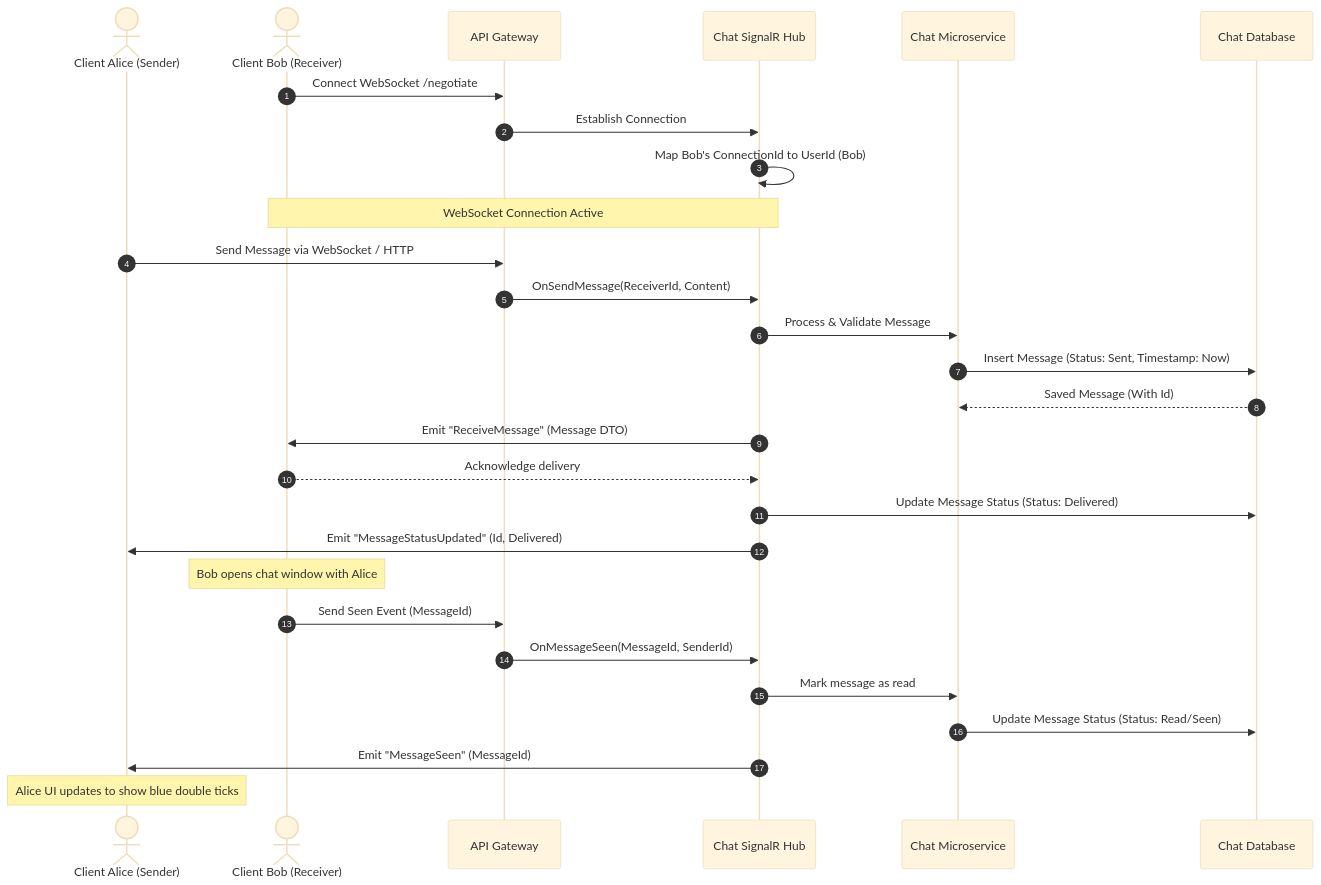
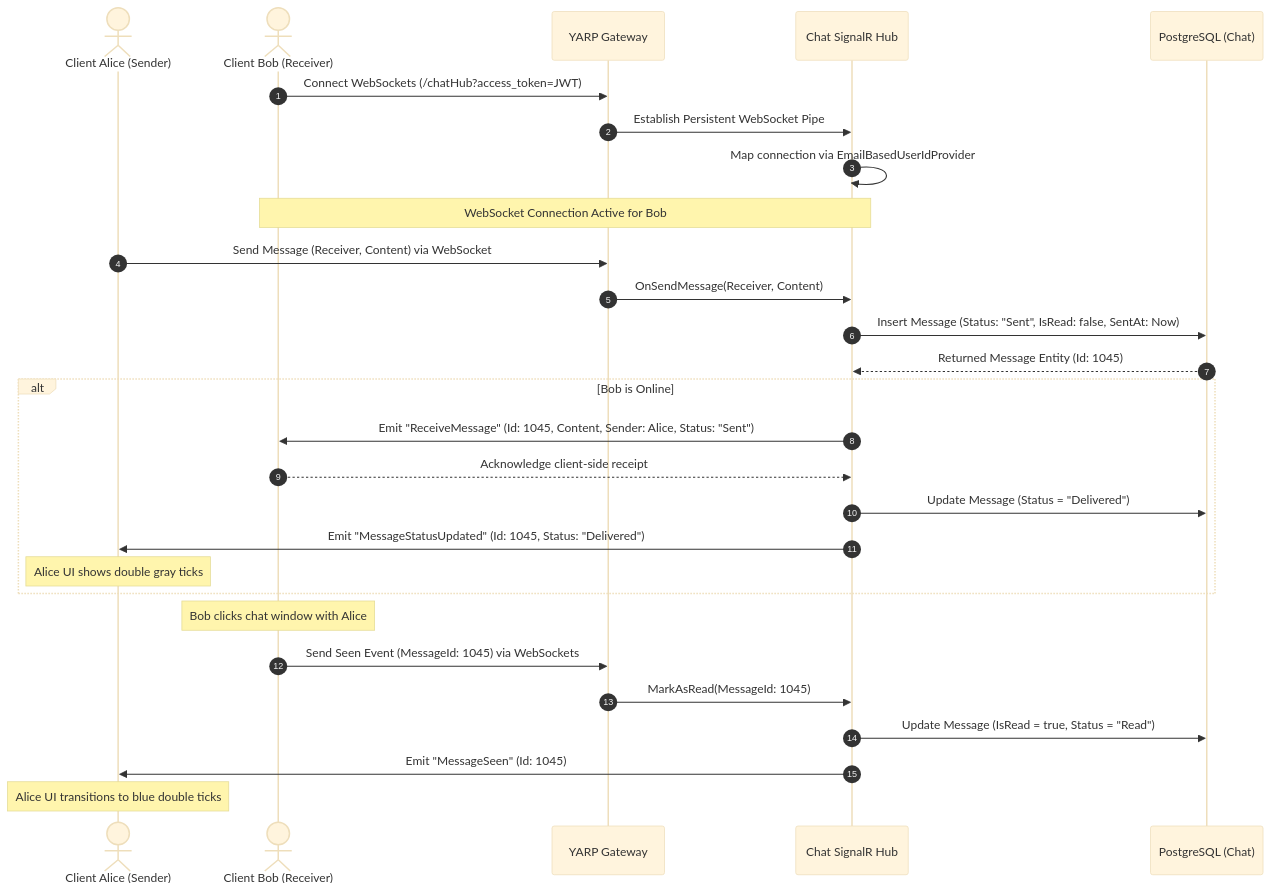
One commit to Abhishekmaheshwari123/Real_Time_Chat_Application changed the second of 6 diagrams in README.md. Above: the diagram before and after it, drawn with Mermaid (base theme). The commit also changed other lines of this file, not shown here.

````diff
--- a/README.md
+++ b/README.md
@@ -83,37 +121,37 @@
 ```mermaid
 sequenceDiagram
     autonumber
     actor Alice as Client Alice (Sender)
     actor Bob as Client Bob (Receiver)
-    participant Gateway as API Gateway
+    participant Gateway as YARP Gateway
     participant ChatHub as Chat SignalR Hub
-    participant ChatAPI as Chat Microservice
-    participant ChatDB as Chat Database
+    participant ChatDB as PostgreSQL (Chat)
 
-    %% SignalR Connection Establishment %%
-    Bob->>Gateway: Connect WebSocket /negotiate
-    Gateway->>ChatHub: Establish Connection
-    ChatHub->>ChatHub: Map Bob's ConnectionId to UserId (Bob)
-    Note over Bob, ChatHub: WebSocket Connection Active
+    %% WebSocket Connection Establishment %%
+    Bob->>Gateway: Connect WebSockets (/chatHub?access_token=JWT)
+    Gateway->>ChatHub: Establish Persistent WebSocket Pipe
+    ChatHub->>ChatHub: Map connection via EmailBasedUserIdProvider
+    Note over Bob, ChatHub: WebSocket Connection Active for Bob
 
-    %% Send Message Flow %%
-    Alice->>Gateway: Send Message via WebSocket / HTTP
-    Gateway->>ChatHub: OnSendMessage(ReceiverId, Content)
-    ChatHub->>ChatAPI: Process & Validate Message
-    ChatAPI->>ChatDB: Insert Message (Status: Sent, Timestamp: Now)
-    ChatDB-->>ChatAPI: Saved Message (With Id)
+    %% Message Exchange Flow %%
+    Alice->>Gateway: Send Message (Receiver, Content) via WebSocket
+    Gateway->>ChatHub: OnSendMessage(Receiver, Content)
+    ChatHub->>ChatDB: Insert Message (Status: "Sent", IsRead: false, SentAt: Now)
+    ChatDB-->>ChatHub: Returned Message Entity (Id: 1045)
     
-    ChatHub->>Bob: Emit "ReceiveMessage" (Message DTO)
-    Bob-->>ChatHub: Acknowledge delivery
-    ChatHub->>ChatDB: Update Message Status (Status: Delivered)
-    ChatHub->>Alice: Emit "MessageStatusUpdated" (Id, Delivered)
+    alt Bob is Online
+        ChatHub->>Bob: Emit "ReceiveMessage" (Id: 1045, Content, Sender: Alice, Status: "Sent")
+        Bob-->>ChatHub: Acknowledge client-side receipt
+        ChatHub->>ChatDB: Update Message (Status = "Delivered")
+        ChatHub->>Alice: Emit "MessageStatusUpdated" (Id: 1045, Status: "Delivered")
+        Note over Alice: Alice UI shows double gray ticks
+    end
 
     %% Seen Receipt Flow %%
-    Note over Bob: Bob opens chat window with Alice
-    Bob->>Gateway: Send Seen Event (MessageId)
-    Gateway->>ChatHub: OnMessageSeen(MessageId, SenderId)
-    ChatHub->>ChatAPI: Mark message as read
-    ChatAPI->>ChatDB: Update Message Status (Status: Read/Seen)
-    ChatHub->>Alice: Emit "MessageSeen" (MessageId)
-    Note over Alice: Alice UI updates to show blue double ticks
+    Note over Bob: Bob clicks chat window with Alice
+    Bob->>Gateway: Send Seen Event (MessageId: 1045) via WebSockets
+    Gateway->>ChatHub: MarkAsRead(MessageId: 1045)
+    ChatHub->>ChatDB: Update Message (IsRead = true, Status = "Read")
+    ChatHub->>Alice: Emit "MessageSeen" (Id: 1045)
+    Note over Alice: Alice UI transitions to blue double ticks
 ```
````
